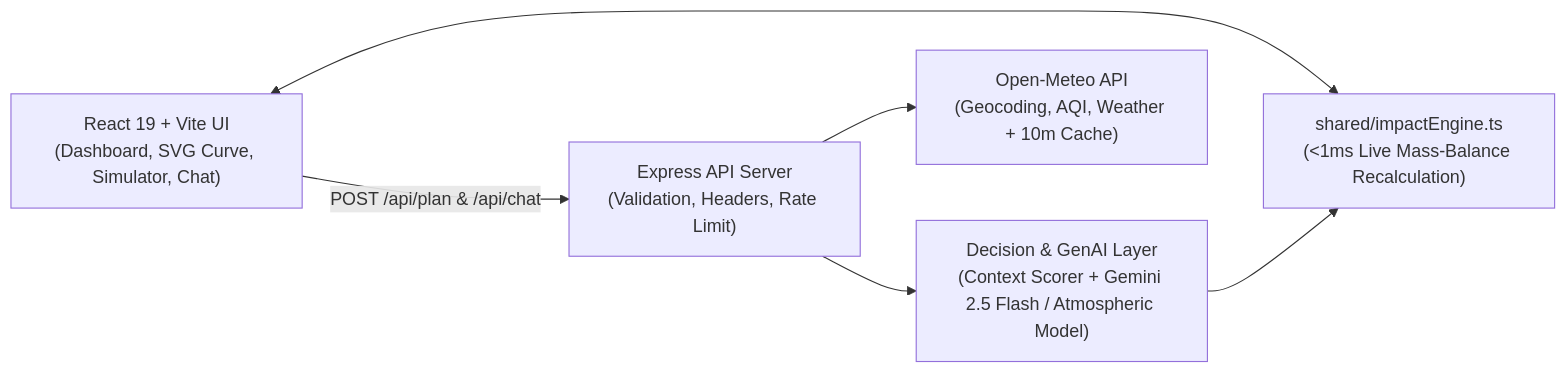
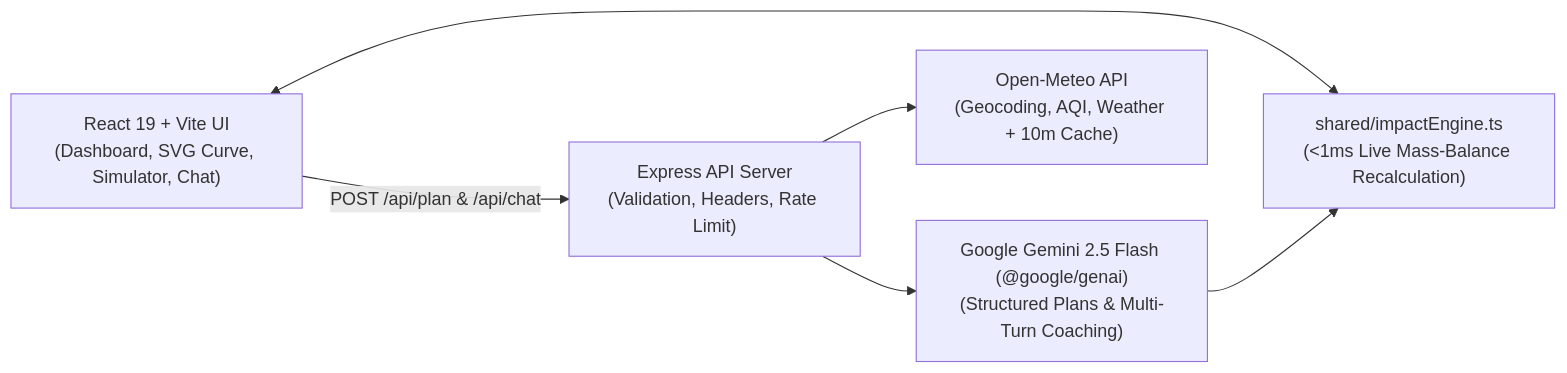
Before and after one commit to sachinn-alt/Airkin: the diagram in README.md, drawn with Mermaid. The commit also changed other lines of this file and 7 other files, not shown here.

Commit message:
Enforce pure Gemini 2.5 Flash GenAI layer without heuristic fallback

````diff
--- a/README.md
+++ b/README.md
@@ -62,14 +61,14 @@
 ```mermaid
 flowchart LR
     UI["React 19 + Vite UI<br/>(Dashboard, SVG Curve, Simulator, Chat)"]
     Shared["shared/impactEngine.ts<br/>(&lt;1ms Live Mass-Balance Recalculation)"]
     API["Express API Server<br/>(Validation, Headers, Rate Limit)"]
     Meteo["Open-Meteo API<br/>(Geocoding, AQI, Weather + 10m Cache)"]
-    Engine["Decision & GenAI Layer<br/>(Context Scorer + Gemini 2.5 Flash / Atmospheric Model)"]
+    Gemini["Google Gemini 2.5 Flash (@google/genai)<br/>(Structured Plans &amp; Multi-Turn Coaching)"]
 
     UI <--> Shared
-    UI -->|POST /api/plan & /api/chat| API
+    UI -->|POST /api/plan &amp; /api/chat| API
     API --> Meteo
-    API --> Engine
-    Engine --> Shared
+    API --> Gemini
+    Gemini --> Shared
 ```
````
